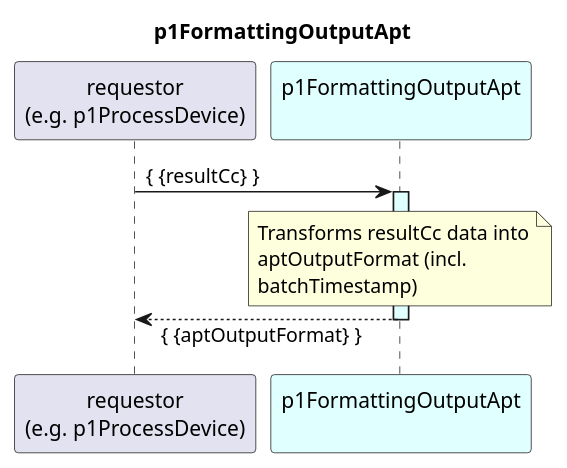
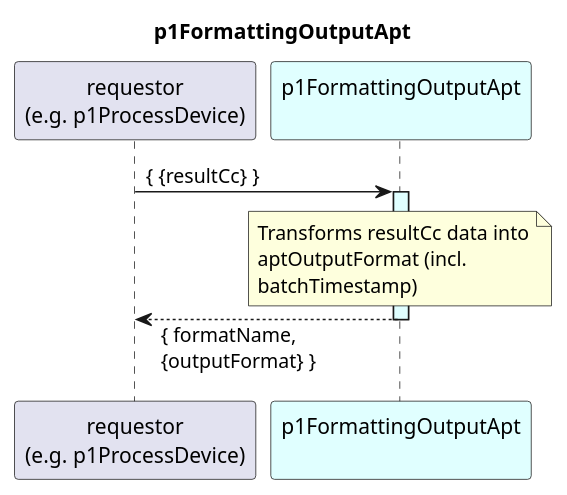
One commit to openBackhaul/DevicePerformanceManagementDataProcessor changed the diagram in spec/Functions/p1StreamPmData/p1ProcessDevice/p1FormattingOutputApt/1.1.0/p1FormattingOutputApt.plantuml. Above: the diagram before and after it, drawn with PlantUML. The commit also changed 22 other files, not shown here.

```diff
--- a/spec/Functions/p1StreamPmData/p1ProcessDevice/p1FormattingOutputApt/1.1.0/p1FormattingOutputApt.plantuml
+++ b/spec/Functions/p1StreamPmData/p1ProcessDevice/p1FormattingOutputApt/1.1.0/p1FormattingOutputApt.plantuml
@@ -1,23 +1,23 @@
 @startuml p1FormattingOutputApt
 skinparam responseMessageBelowArrow true
 
 title
   p1FormattingOutputApt
 end title
 
 participant "requestor\n(e.g. p1ProcessDevice)" as requestor
 participant "p1FormattingOutputApt\n" as cur #LightCyan
 
 requestor -> cur: { {resultCc} }
 activate cur #LightCyan
 
   note over cur
     Transforms resultCc data into
     aptOutputFormat (incl.
     batchTimestamp)
   end note
 
-requestor <-- cur: { {aptOutputFormat} }
+requestor <-- cur: { formatName,\n{outputFormat} }
 deactivate cur
 
 @enduml
```
